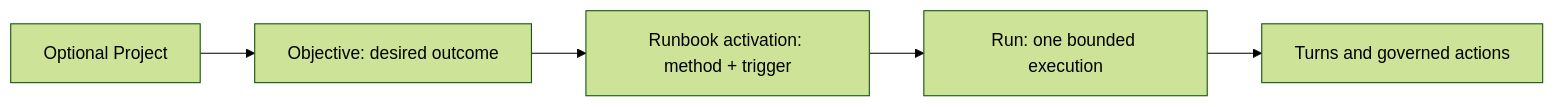
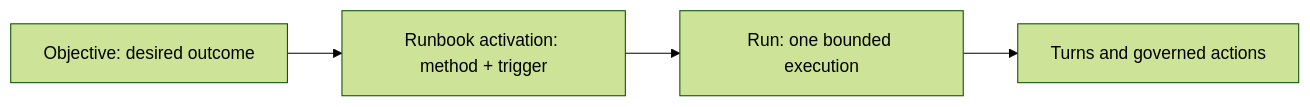
The second of 3 diagrams in docs/dev-docs/concepts.md (axiom-studio/openseal), drawn with Mermaid (forest theme) before and after one commit. The commit also changed other lines of this file and 18 other files, not shown here.

````diff
--- a/docs/dev-docs/concepts.md
+++ b/docs/dev-docs/concepts.md
@@ -102,7 +98,6 @@
 ```mermaid
 flowchart LR
-    Project[Optional Project] --> Objective[Objective: desired outcome]
-    Objective --> Activation[Runbook activation: method + trigger]
+    Objective[Objective: desired outcome] --> Activation[Runbook activation: method + trigger]
     Activation --> Run[Run: one bounded execution]
     Run --> Turn[Turns and governed actions]
 ```
````
